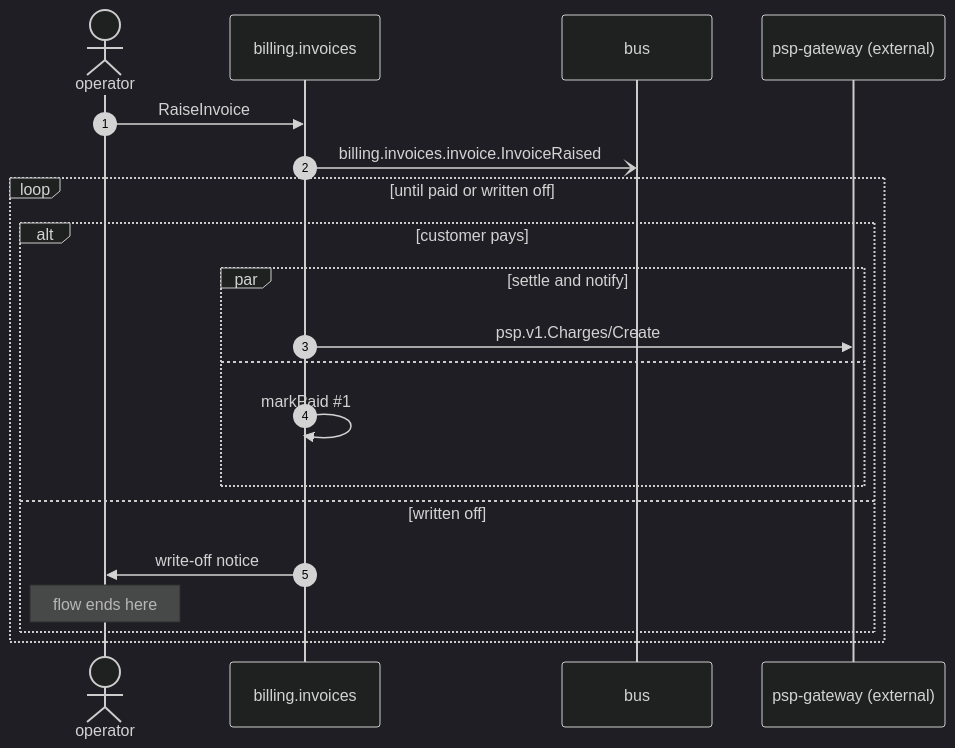
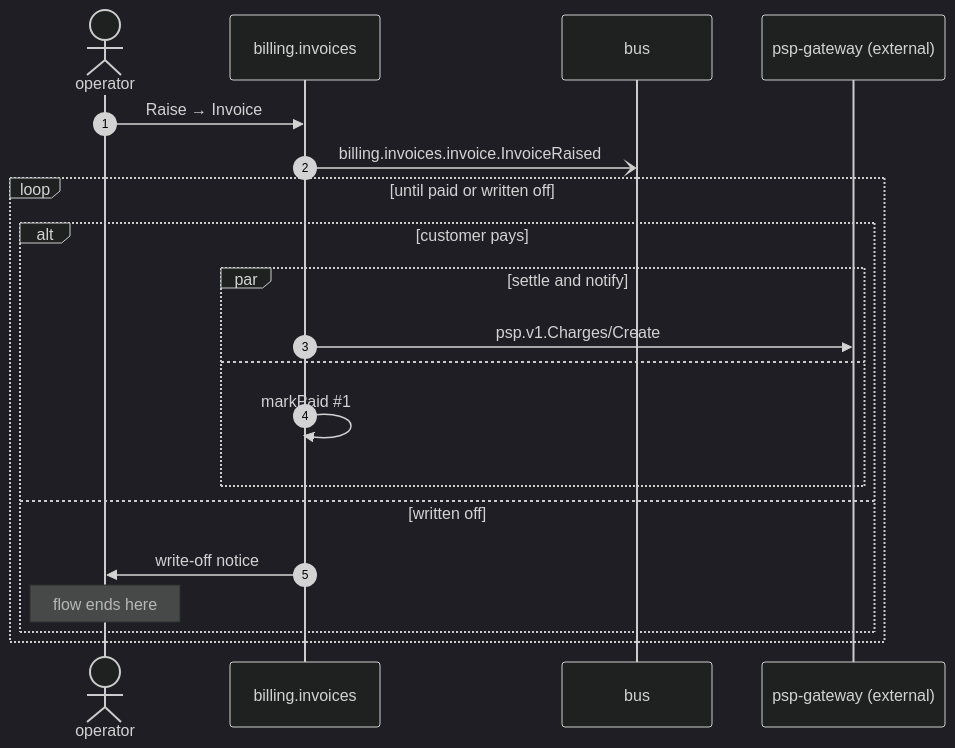
Before and after one commit to shortlink-org/portolan: the diagram in plugins/gen-markdown/testdata/golden/flows/raise-invoice.md, drawn with Mermaid (dark theme). The commit also changed other lines of this file and 87 other files, not shown here.

````diff
--- a/plugins/gen-markdown/testdata/golden/flows/raise-invoice.md
+++ b/plugins/gen-markdown/testdata/golden/flows/raise-invoice.md
@@ -22,22 +22,22 @@
 ```mermaid
 sequenceDiagram
     autonumber
     actor p0 as operator
     participant p1 as billing.invoices
     participant p2 as bus
     participant p3 as psp-gateway (external)
-    p0->>p1: RaiseInvoice
+    p0->>p1: Raise → Invoice
     p1-)p2: billing.invoices.invoice.InvoiceRaised
     loop until paid or written off
         alt customer pays
             par settle and notify
                 p1->>p3: psp.v1.Charges/Create
             and
                 p1->>p1: markPaid #35;1
             end
         else written off
             p1->>p0: write-off notice
             Note over p0: flow ends here
         end
     end
 ```
````
